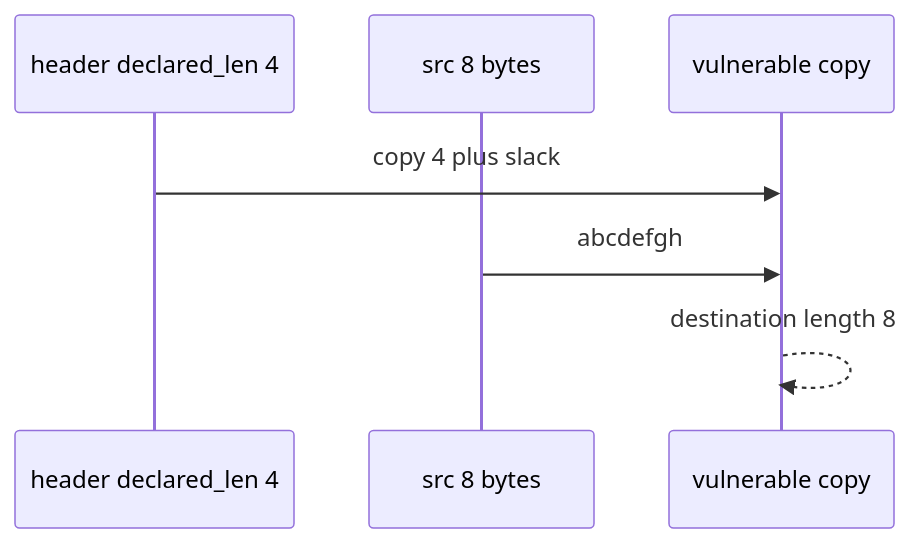
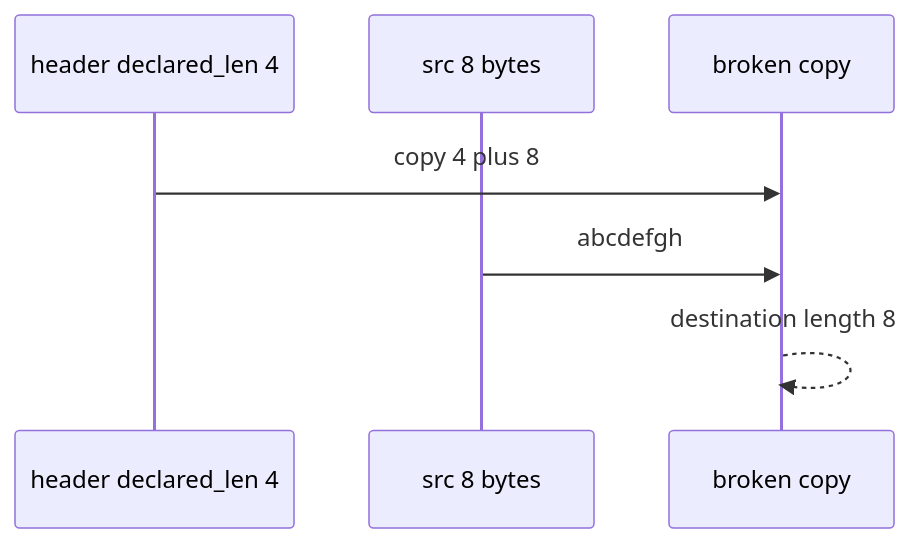
The diagram in content/modules/e/E4/lessons/03-break.md (ishitvagoel/LearnSecurity), drawn with Mermaid before and after one commit. The commit also changed other lines of this file and 55 other files, not shown here.

````diff
--- a/content/modules/e/E4/lessons/03-break.md
+++ b/content/modules/e/E4/lessons/03-break.md
@@ -17,9 +26,9 @@
 ```mermaid
 sequenceDiagram
   participant H as header declared_len 4
   participant S as src 8 bytes
-  participant V as vulnerable copy
-  H->>V: copy 4 plus slack
+  participant V as broken copy
+  H->>V: copy 4 plus 8
   S->>V: abcdefgh
   V-->>V: destination length 8
 ```
````
